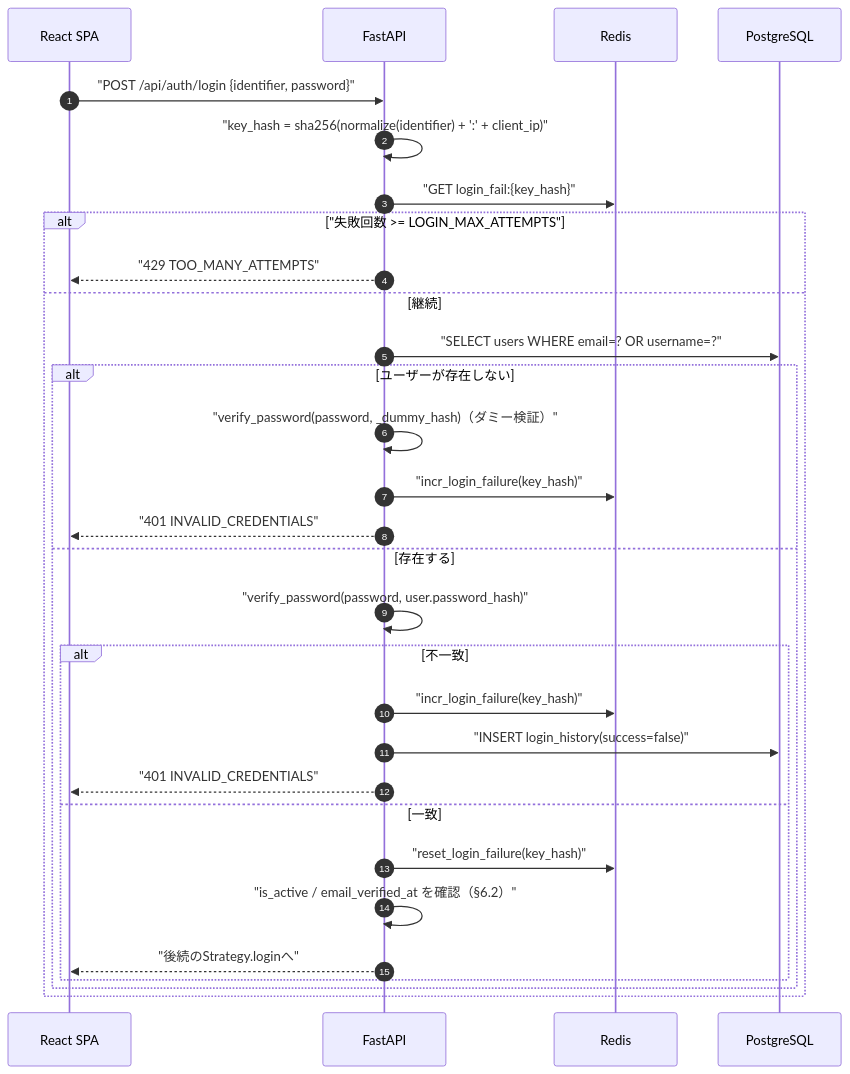
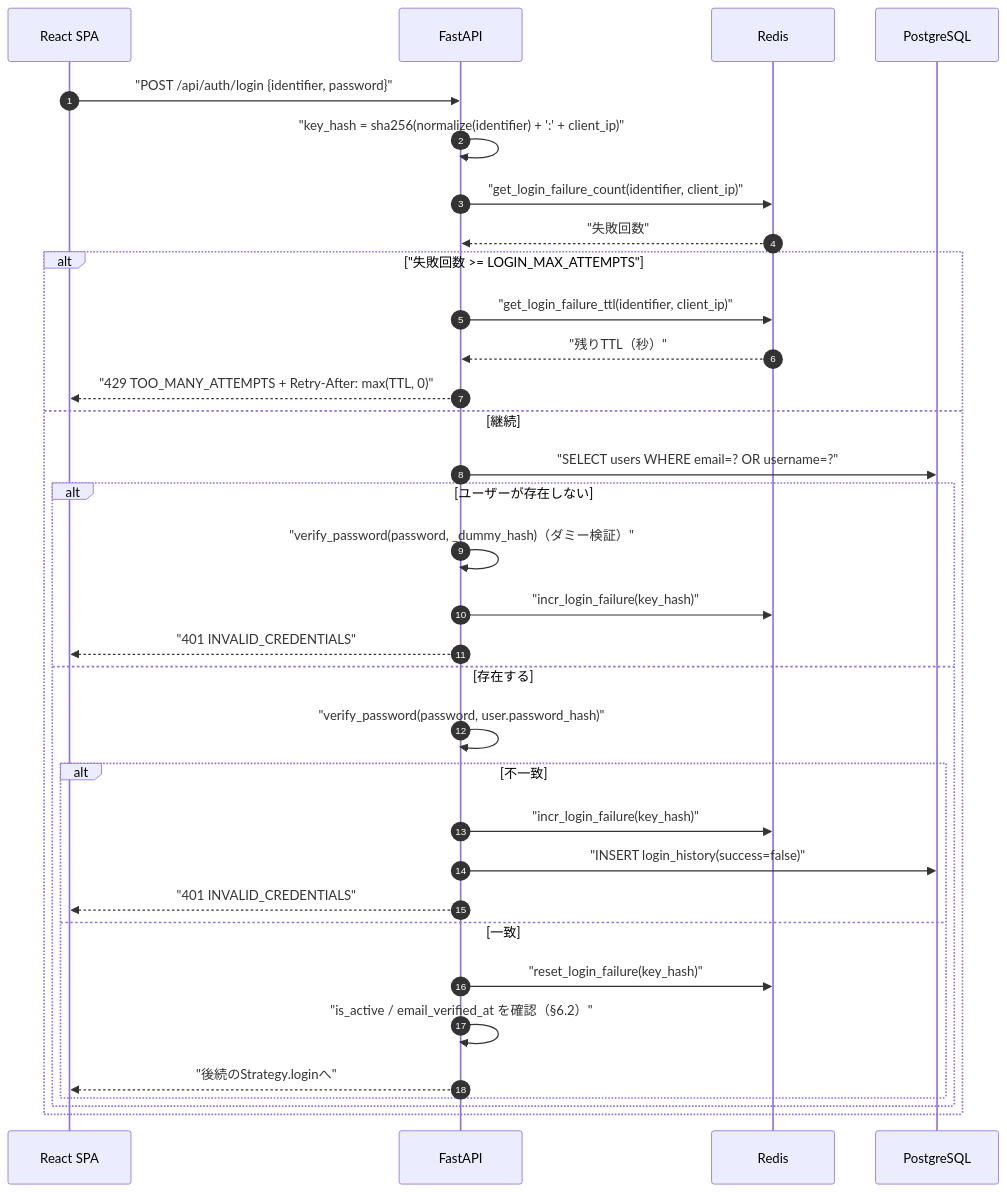
One commit to oikawa-d/task_management changed the first of 5 diagrams in docs/detailed_design/auth/07_password_security.md. Above: the diagram before and after it, drawn with Mermaid. The commit also changed other lines of this file and 3 other files, not shown here.

````diff
--- a/docs/detailed_design/auth/07_password_security.md
+++ b/docs/detailed_design/auth/07_password_security.md
@@ -62,33 +62,36 @@
 ```mermaid
 sequenceDiagram
     autonumber
     participant FE as React SPA
     participant API as FastAPI
     participant RD as Redis
     participant PG as PostgreSQL
 
     FE->>API: "POST /api/auth/login {identifier, password}"
     API->>API: "key_hash = sha256(normalize(identifier) + ':' + client_ip)"
-    API->>RD: "GET login_fail:{key_hash}"
+    API->>RD: "get_login_failure_count(identifier, client_ip)"
+    RD-->>API: "失敗回数"
     alt "失敗回数 >= LOGIN_MAX_ATTEMPTS"
-        API-->>FE: "429 TOO_MANY_ATTEMPTS"
+        API->>RD: "get_login_failure_ttl(identifier, client_ip)"
+        RD-->>API: "残りTTL（秒）"
+        API-->>FE: "429 TOO_MANY_ATTEMPTS + Retry-After: max(TTL, 0)"
     else 継続
         API->>PG: "SELECT users WHERE email=? OR username=?"
         alt ユーザーが存在しない
             API->>API: "verify_password(password, _dummy_hash)（ダミー検証）"
             API->>RD: "incr_login_failure(key_hash)"
             API-->>FE: "401 INVALID_CREDENTIALS"
         else 存在する
             API->>API: "verify_password(password, user.password_hash)"
             alt 不一致
                 API->>RD: "incr_login_failure(key_hash)"
                 API->>PG: "INSERT login_history(success=false)"
                 API-->>FE: "401 INVALID_CREDENTIALS"
             else 一致
                 API->>RD: "reset_login_failure(key_hash)"
                 API->>API: "is_active / email_verified_at を確認（§6.2）"
                 API-->>FE: "後続のStrategy.loginへ"
             end
         end
     end
 ```
````
